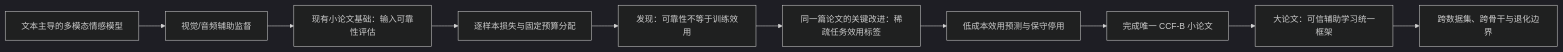
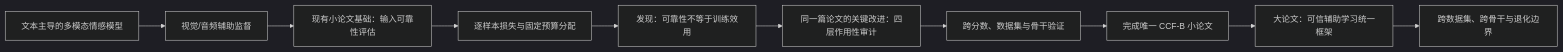
The diagram in docs/thesis-integration-roadmap-20260928.md (augustuswtx/emo), drawn with Mermaid (dark theme) before and after one commit. The commit also changed other lines of this file and 6 other files, not shown here.

````diff
--- a/docs/thesis-integration-roadmap-20260928.md
+++ b/docs/thesis-integration-roadmap-20260928.md
@@ -40,12 +40,12 @@
 ```mermaid
 flowchart LR
     A["文本主导的多模态情感模型"] --> B["视觉/音频辅助监督"]
     B --> C["现有小论文基础：输入可靠性评估"]
     C --> D["逐样本损失与固定预算分配"]
     D --> E["发现：可靠性不等于训练效用"]
-    E --> F["同一篇论文的关键改进：稀疏任务效用标签"]
-    F --> G["低成本效用预测与保守停用"]
+    E --> F["同一篇论文的关键改进：四层作用性审计"]
+    F --> G["跨分数、数据集与骨干验证"]
     G --> H["完成唯一 CCF-B 小论文"]
     H --> I["大论文：可信辅助学习统一框架"]
     I --> J["跨数据集、跨骨干与退化边界"]
 ```
````
